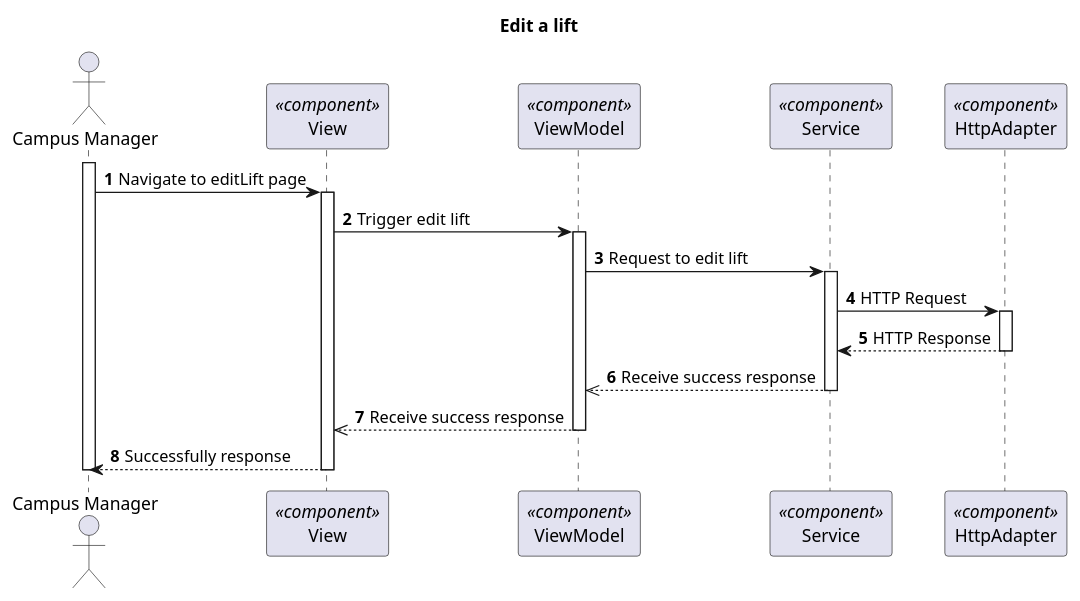
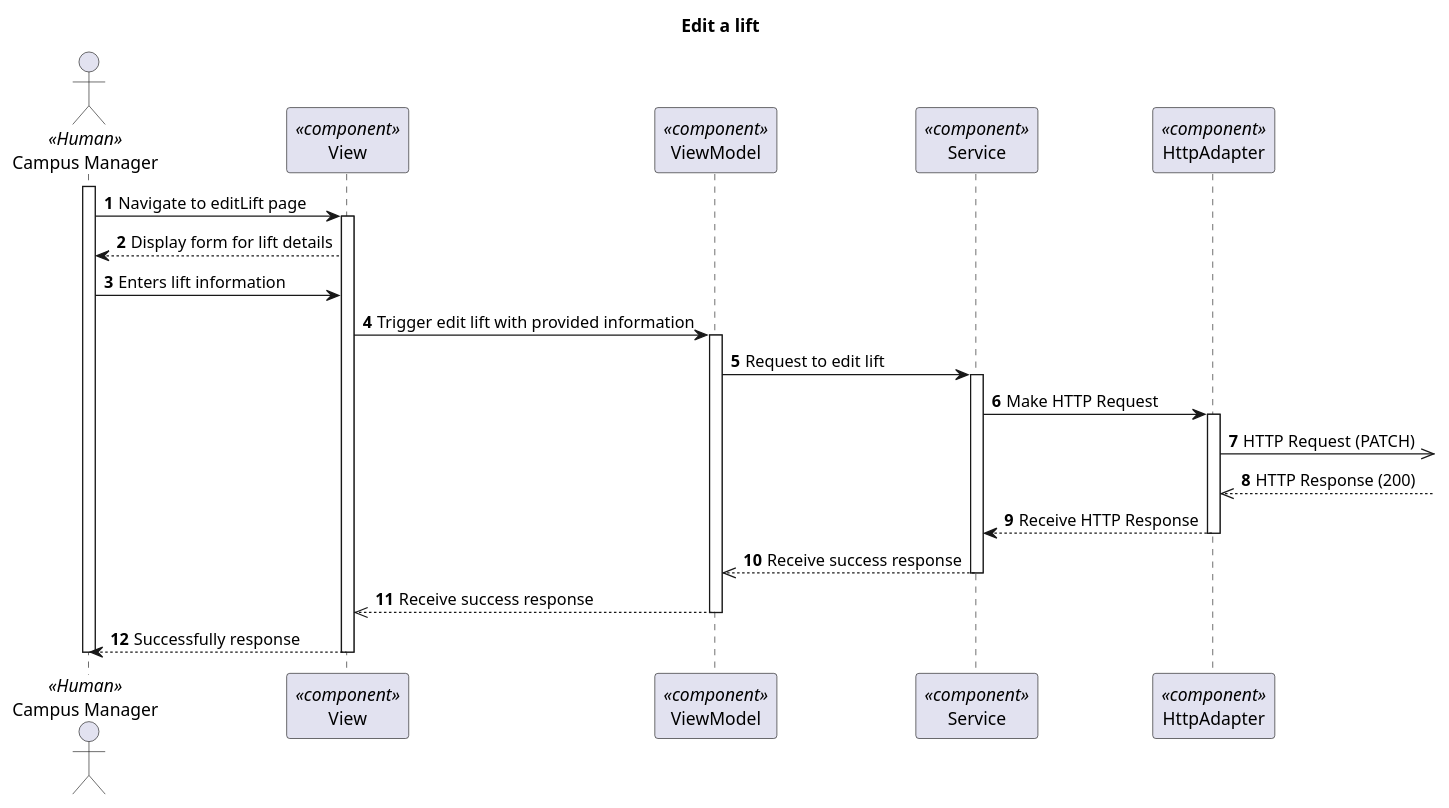
The diagram in docs/VistaProcesso/US280(1150)/Visualization/ProcessView_Level3_US1150.puml (1210910/lapr5), drawn with PlantUML before and after one commit. The commit also changed 42 other files, not shown here.

```diff
--- a/docs/VistaProcesso/US280(1150)/Visualization/ProcessView_Level3_US1150.puml
+++ b/docs/VistaProcesso/US280(1150)/Visualization/ProcessView_Level3_US1150.puml
@@ -1,38 +1,43 @@
 @startuml Process View - Level 3
 
 autonumber
 skinparam packageStyle rect
 
 title Edit a lift
 
-actor "Campus Manager" as CM
+actor "Campus Manager" as CM <<Human>>
 participant "View" as view <<component>>
 participant "ViewModel" as viewModel <<component>>
 participant "Service" as service <<component>>
 participant "HttpAdapter" as httpAdapter <<component>>
 
 activate CM
 CM -> view : Navigate to editLift page
 activate view
-view -> viewModel : Trigger edit lift
+view --> CM : Display form for lift details
+CM -> view : Enters lift information
+
+view -> viewModel : Trigger edit lift with provided information
 
 activate viewModel
 viewModel -> service : Request to edit lift
 
 activate service
-service -> httpAdapter : HTTP Request
+service -> httpAdapter : Make HTTP Request
 activate httpAdapter
-httpAdapter --> service : HTTP Response
+httpAdapter ->> : HTTP Request (PATCH)
+httpAdapter <<-- : HTTP Response (200)
+httpAdapter --> service : Receive HTTP Response
 deactivate httpAdapter
 
 service -->> viewModel : Receive success response
 deactivate service
 
 viewModel -->> view : Receive success response
 deactivate viewModel
 
 view --> CM : Successfully response
 deactivate view
 
 deactivate CM
 @enduml
```
